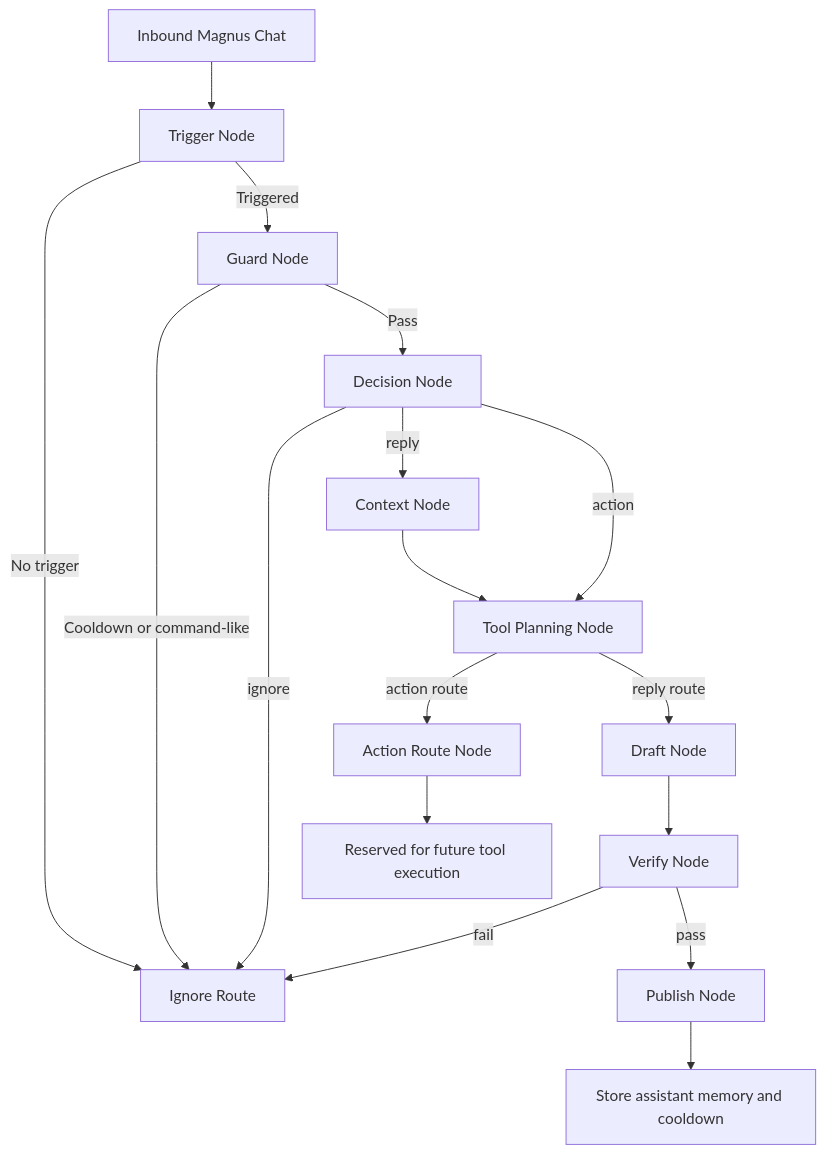
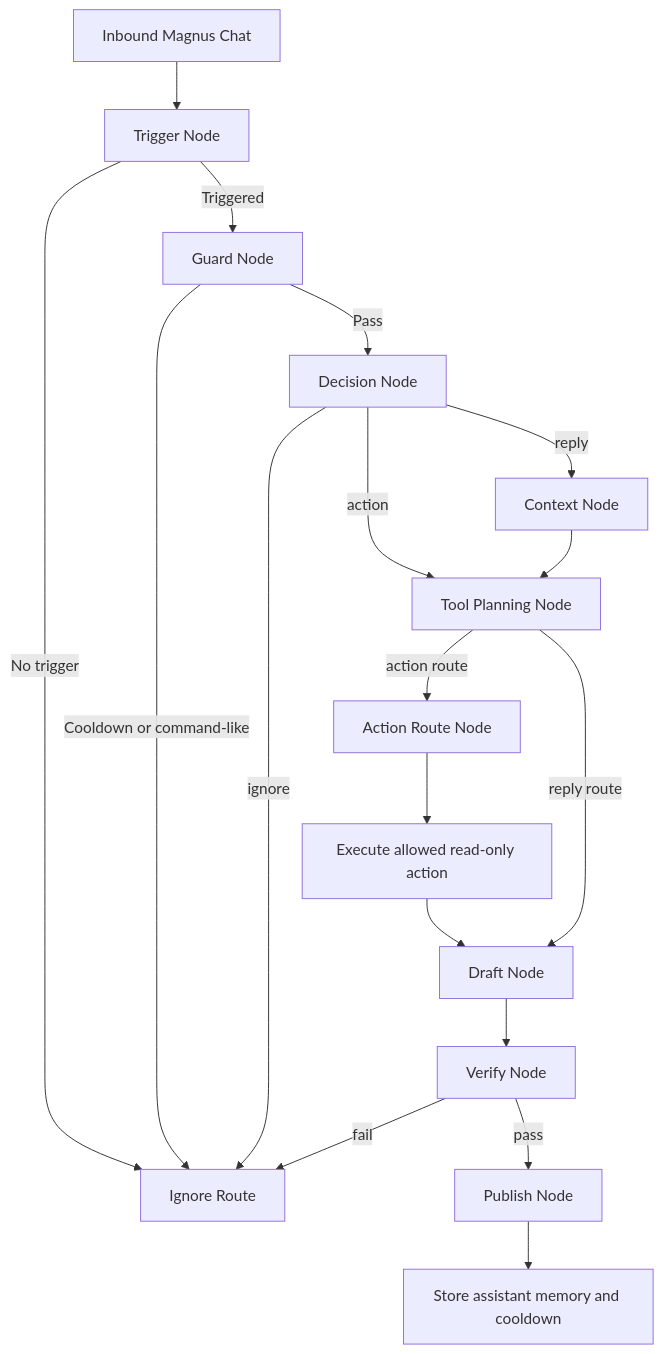
Before and after one commit to KroderDev/magnus-agents: the diagram in docs/chat_pipeline_flow.md, drawn with Mermaid. The commit also changed other lines of this file and 24 other files, not shown here.

Commit message:
feat(agent): add read-only Magnus tools

````diff
--- a/docs/chat_pipeline_flow.md
+++ b/docs/chat_pipeline_flow.md
@@ -12,19 +12,20 @@
 ```mermaid
 flowchart TD
     A[Inbound Magnus Chat] --> B[Trigger Node]
     B -->|No trigger| I[Ignore Route]
     B -->|Triggered| C[Guard Node]
     C -->|Cooldown or command-like| I
     C -->|Pass| D[Decision Node]
     D -->|ignore| I
     D -->|reply| E[Context Node]
     D -->|action| F[Tool Planning Node]
     E --> F
     F -->|action route| G[Action Route Node]
-    G --> J[Reserved for future tool execution]
+    G --> J[Execute allowed read-only action]
+    J --> H
     F -->|reply route| H[Draft Node]
     H --> K[Verify Node]
     K -->|fail| I
     K -->|pass| L[Publish Node]
     L --> M[Store assistant memory and cooldown]
 ```
````
